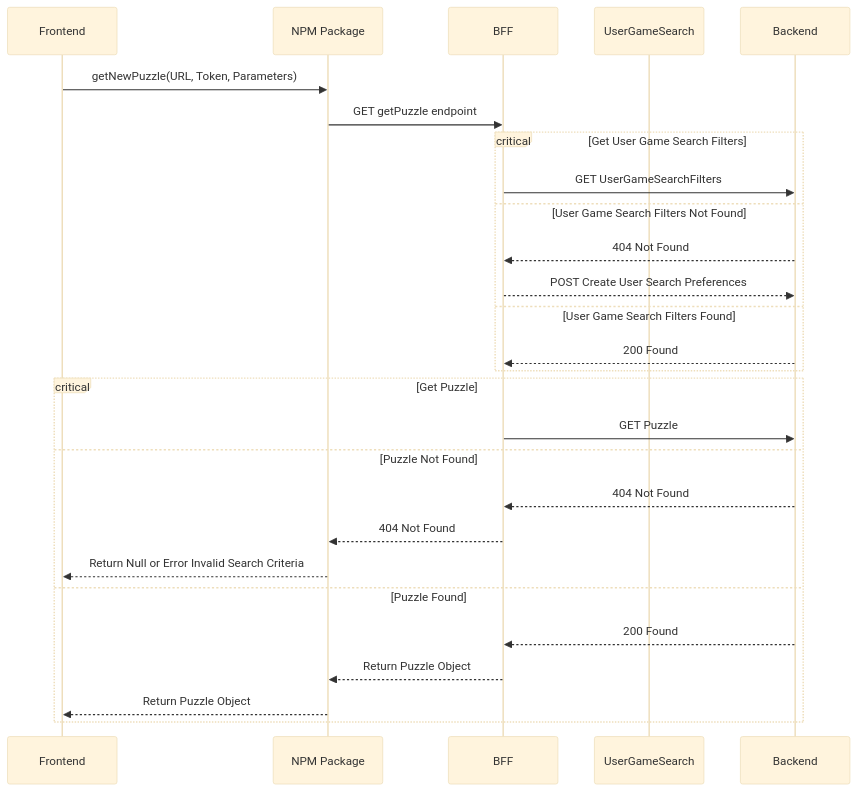
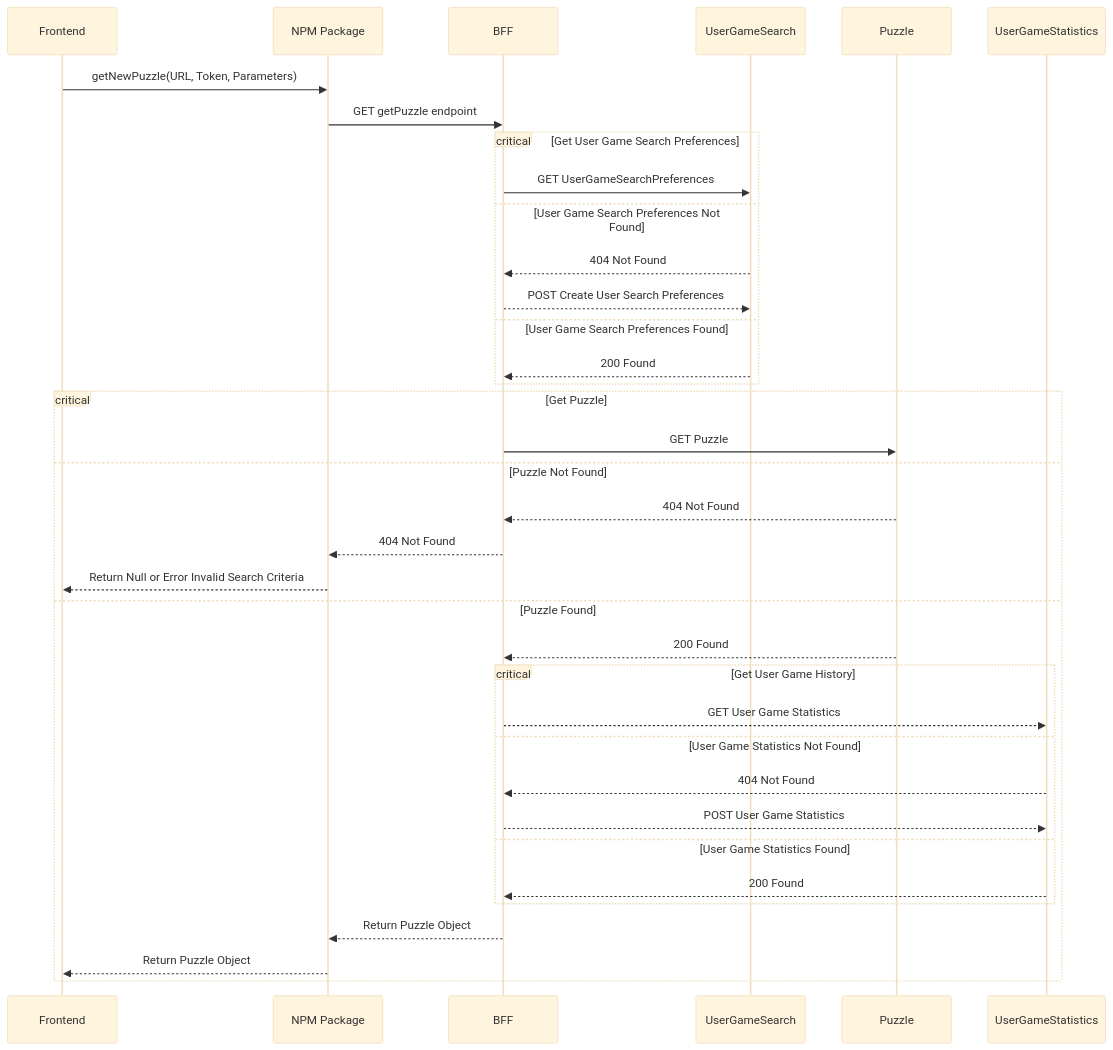
Before and after one commit to Sudokuru/Puzzle: the first of 3 diagrams in Documentation/Diagrams/SequenceDiagram.md, drawn with Mermaid (base theme).

Commit message:
Updating getNewPuzzle Flow

````diff
--- a/Documentation/Diagrams/SequenceDiagram.md
+++ b/Documentation/Diagrams/SequenceDiagram.md
@@ -6,32 +6,42 @@
 ```mermaid
 sequenceDiagram
     participant Frontend
     participant NPM Package
     participant BFF
     participant UserGameSearch
+    participant Puzzle
+    participant UserGameStatistics
     
     #GetNewPuzzle
     Frontend->>NPM Package: getNewPuzzle(URL, Token, Parameters)
     NPM Package->>BFF: GET getPuzzle endpoint
 
-    critical Get User Game Search Filters
-        BFF->>Backend: GET UserGameSearchFilters
-    option User Game Search Filters Not Found
-        Backend-->>BFF: 404 Not Found
-        BFF-->>Backend: POST Create User Search Preferences
-    option User Game Search Filters Found
-        Backend-->>BFF: 200 Found
+    critical Get User Game Search Preferences
+        BFF->>UserGameSearch: GET UserGameSearchPreferences
+    option User Game Search Preferences Not Found
+        UserGameSearch-->>BFF: 404 Not Found
+        BFF-->>UserGameSearch: POST Create User Search Preferences
+    option User Game Search Preferences Found
+        UserGameSearch-->>BFF: 200 Found
     end
 
     critical Get Puzzle
-        BFF->>Backend: GET Puzzle
+        BFF->>Puzzle: GET Puzzle
     option Puzzle Not Found
-        Backend-->>BFF: 404 Not Found
+        Puzzle-->>BFF: 404 Not Found
         BFF-->>NPM Package: 404 Not Found
         NPM Package-->>Frontend: Return Null or Error Invalid Search Criteria
     option Puzzle Found
-        Backend-->>BFF: 200 Found
+        Puzzle-->>BFF: 200 Found
+        critical Get User Game History
+            BFF-->>UserGameStatistics: GET User Game Statistics
+        option User Game Statistics Not Found
+            UserGameStatistics-->>BFF: 404 Not Found
+            BFF-->>UserGameStatistics: POST User Game Statistics
+        option User Game Statistics Found
+            UserGameStatistics-->>BFF: 200 Found
+        end
         BFF-->>NPM Package: Return Puzzle Object
         NPM Package-->>Frontend: Return Puzzle Object
     end
 ```
````
